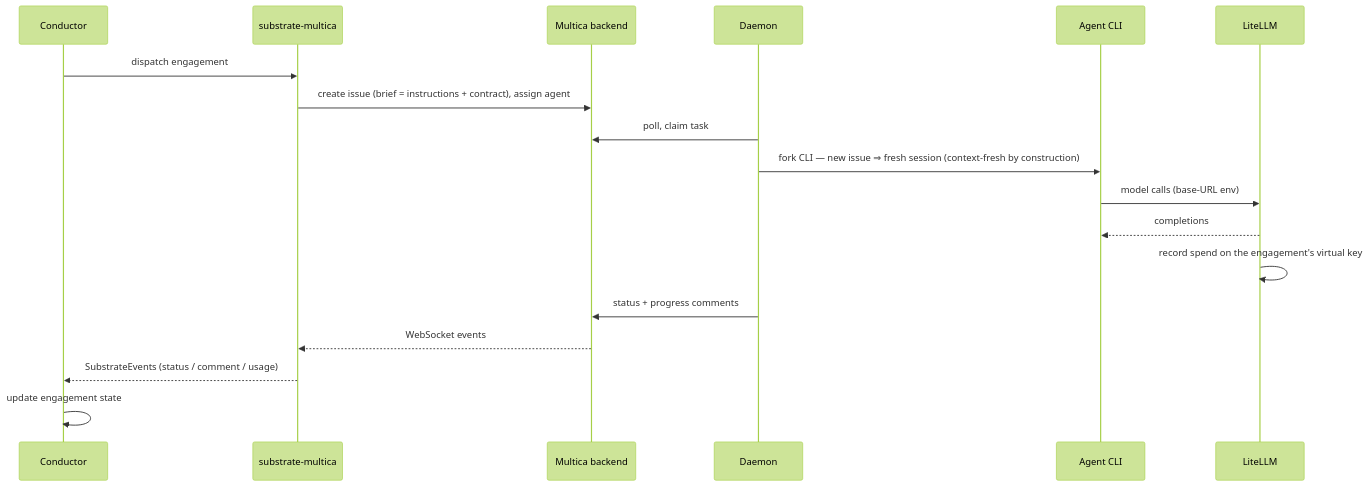
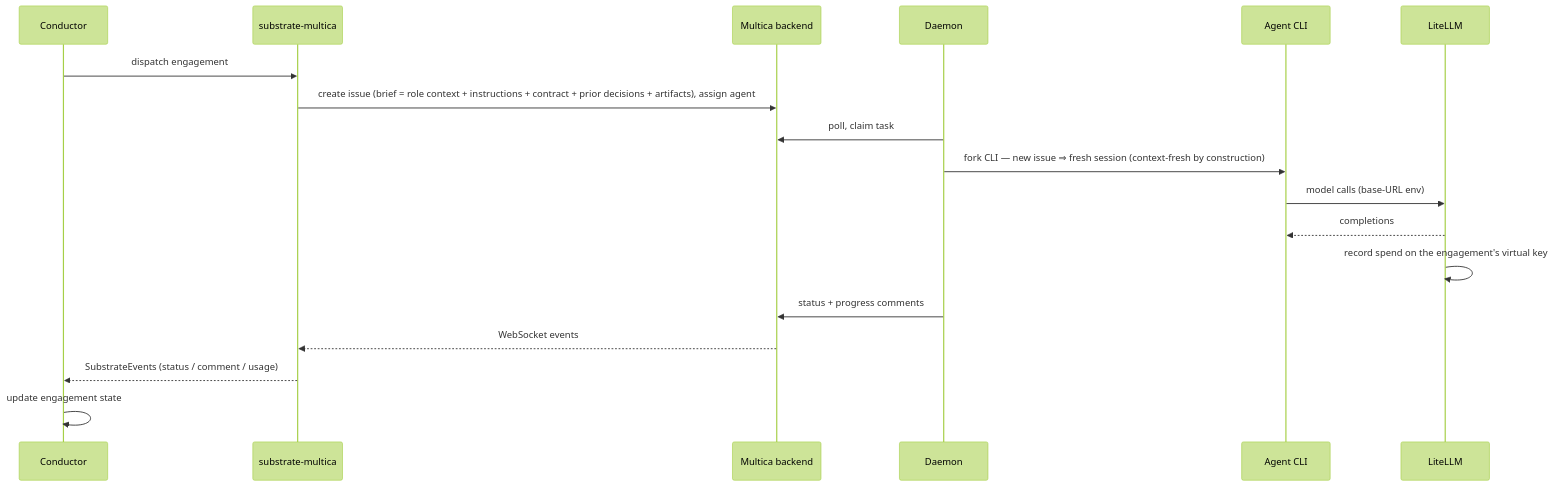
One commit to maacarbo/guild changed the fifth of 8 diagrams in docs/OVERVIEW.md. Above: the diagram before and after it, drawn with Mermaid (forest theme). The commit also changed other lines of this file and 2 other files, not shown here.

First line of the commit message:
Fix review-response verification findings: gVisor timing, attribution overclaim, brief propagation, tri-state/bounce-cap in diagrams, OQ3 tag

````diff
--- a/docs/OVERVIEW.md
+++ b/docs/OVERVIEW.md
@@ -135,20 +137,20 @@
 ```mermaid
 sequenceDiagram
     participant C as Conductor
     participant A as substrate-multica
     participant BE as Multica backend
     participant DM as Daemon
     participant CLIs as Agent CLI
     participant LLM as LiteLLM
     C->>A: dispatch engagement
-    A->>BE: create issue (brief = instructions + contract), assign agent
+    A->>BE: create issue (brief = role context + instructions + contract + prior decisions + artifacts), assign agent
     DM->>BE: poll, claim task
     DM->>CLIs: fork CLI — new issue ⇒ fresh session (context-fresh by construction)
     CLIs->>LLM: model calls (base-URL env)
     LLM-->>CLIs: completions
     LLM->>LLM: record spend on the engagement's virtual key
     DM->>BE: status + progress comments
     BE-->>A: WebSocket events
     A-->>C: SubstrateEvents (status / comment / usage)
     C->>C: update engagement state
 ```
````
